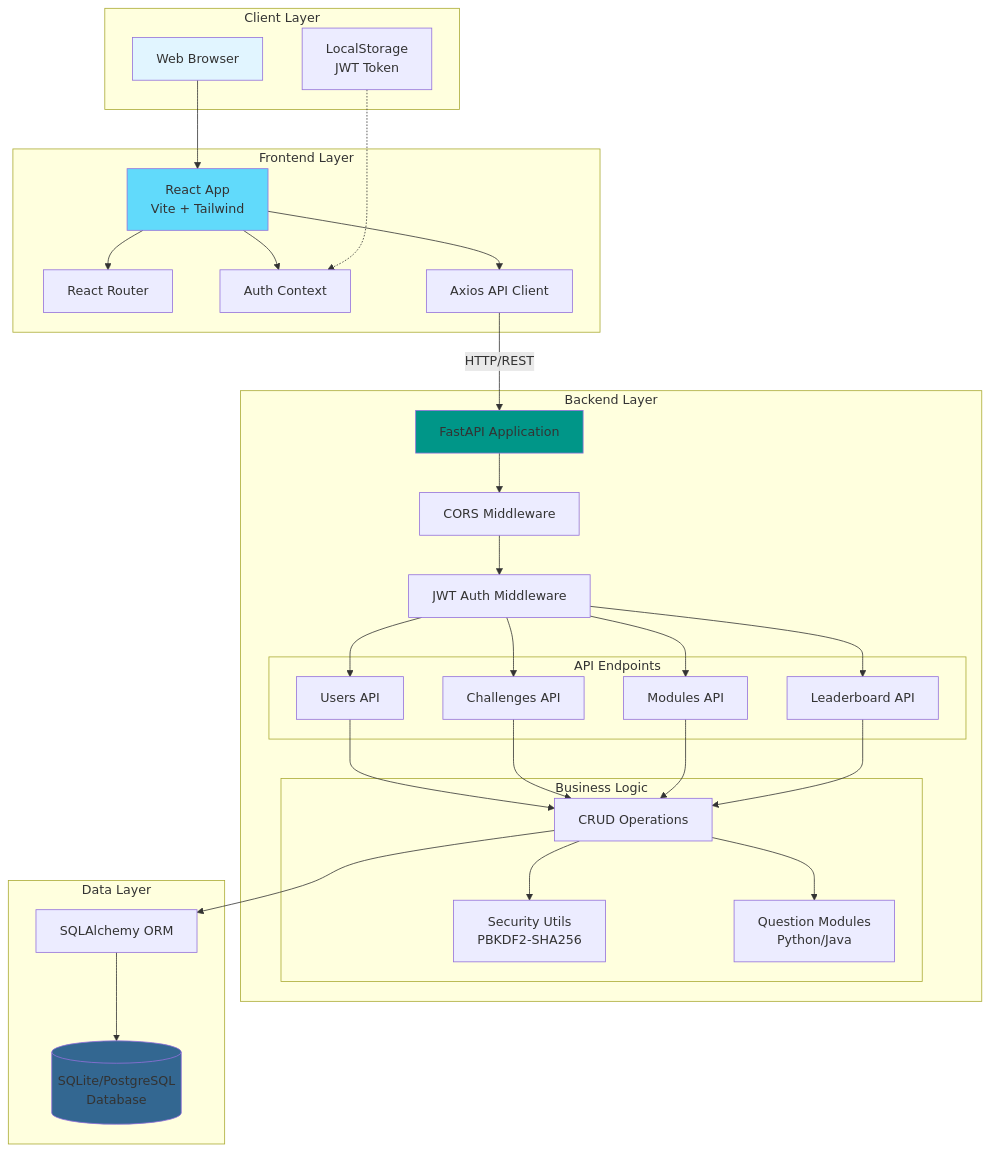
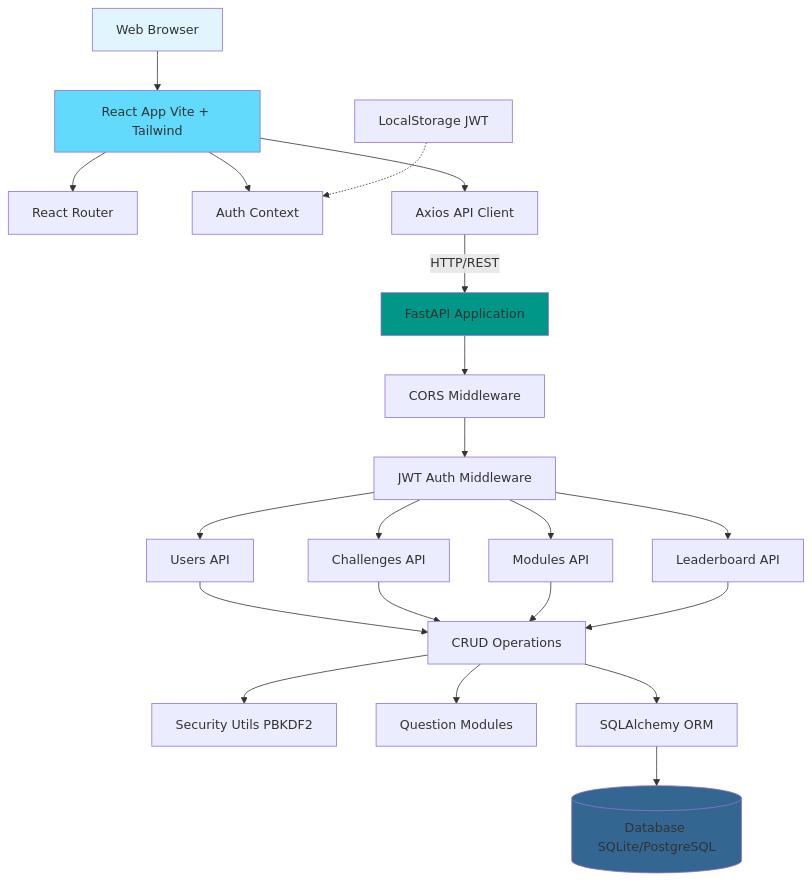
The first of 5 diagrams in README.md (Mounikabalagani19/SkillSprint), drawn with Mermaid before and after one commit. The commit also changed other lines of this file and 170 other files, not shown here.

````diff
--- a/README.md
+++ b/README.md
@@ -29,67 +29,52 @@
 ```mermaid
-graph TB
-    subgraph "Client Layer"
-        Browser[Web Browser]
-        LocalStorage[LocalStorage<br/>JWT Token]
-    end
+flowchart TB
+    Browser[Web Browser]
+    LocalStorage[LocalStorage JWT]
+    React[React App Vite + Tailwind]
+    Router[React Router]
+    AuthContext[Auth Context]
+    API[Axios API Client]
     
-    subgraph "Frontend Layer"
-        React[React App<br/>Vite + Tailwind]
-        Router[React Router]
-        AuthContext[Auth Context]
-        API[Axios API Client]
-    end
+    FastAPI[FastAPI Application]
+    Auth[JWT Auth Middleware]
+    CORS[CORS Middleware]
+    UserAPI[Users API]
+    ChallengeAPI[Challenges API]
+    ModuleAPI[Modules API]
+    LeaderboardAPI[Leaderboard API]
     
-    subgraph "Backend Layer"
-        FastAPI[FastAPI Application]
-        Auth[JWT Auth Middleware]
-        CORS[CORS Middleware]
-        
-        subgraph "API Endpoints"
-            UserAPI[Users API]
-            ChallengeAPI[Challenges API]
-            ModuleAPI[Modules API]
-            LeaderboardAPI[Leaderboard API]
-        end
-        
-        subgraph "Business Logic"
-            CRUD[CRUD Operations]
-            Security[Security Utils<br/>PBKDF2-SHA256]
-            Questions[Question Modules<br/>Python/Java]
-        end
-    end
-    
-    subgraph "Data Layer"
-        ORM[SQLAlchemy ORM]
-        DB[(SQLite/PostgreSQL<br/>Database)]
-    end
+    CRUD[CRUD Operations]
+    Security[Security Utils PBKDF2]
+    Questions[Question Modules]
+    ORM[SQLAlchemy ORM]
+    DB[(Database SQLite/PostgreSQL)]
     
     Browser --> React
     React --> Router
     React --> AuthContext
     React --> API
     LocalStorage -.-> AuthContext
     
     API -->|HTTP/REST| FastAPI
     FastAPI --> CORS
     CORS --> Auth
     Auth --> UserAPI
     Auth --> ChallengeAPI
     Auth --> ModuleAPI
     Auth --> LeaderboardAPI
     
     UserAPI --> CRUD
     ChallengeAPI --> CRUD
     ModuleAPI --> CRUD
     LeaderboardAPI --> CRUD
     
     CRUD --> Security
     CRUD --> Questions
     CRUD --> ORM
     ORM --> DB
     
     style Browser fill:#e1f5ff
     style React fill:#61dafb
     style FastAPI fill:#009688
     style DB fill:#336791
 ```
````
